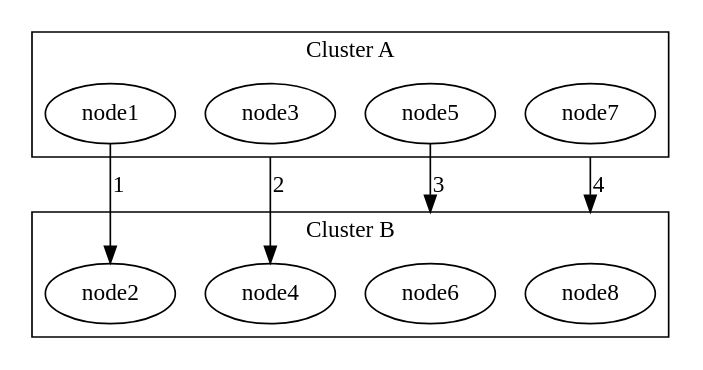
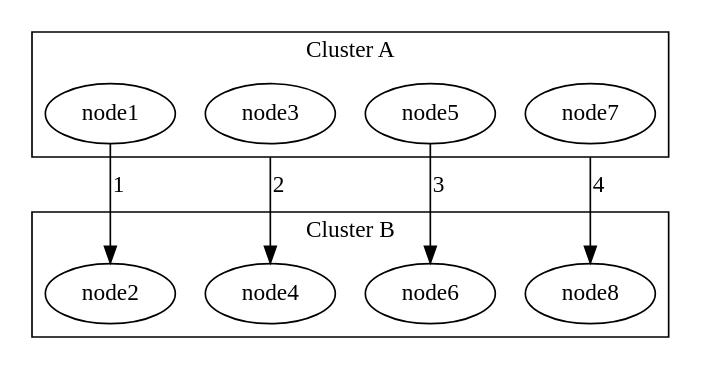
One commit to sisyphus1212/note changed the first of 14 diagrams in other/graphviz/graphviz.md. Above: the diagram before and after it, drawn with Graphviz.

Commit message:
auto_update

````diff
--- a/other/graphviz/graphviz.md
+++ b/other/graphviz/graphviz.md
@@ -31,21 +31,21 @@
 ```graphviz
 digraph {
   compound=true;
 
   subgraph cluster_a {
     label="Cluster A";
     node1; node3; node5; node7;
   }
-  subgraph cluster_b {
+  subgraph {
     cluster=true;
     label="Cluster B";
     node2; node4; node6; node8;
   }
 
   node1 -> node2 [label="1"];
   node3 -> node4 [label="2" ltail="cluster_a"];
 
   node5 -> node6 [label="3" lhead="cluster_b"];
   node7 -> node8 [label="4" ltail="cluster_a" lhead="cluster_b"];
 }
 ```
````
